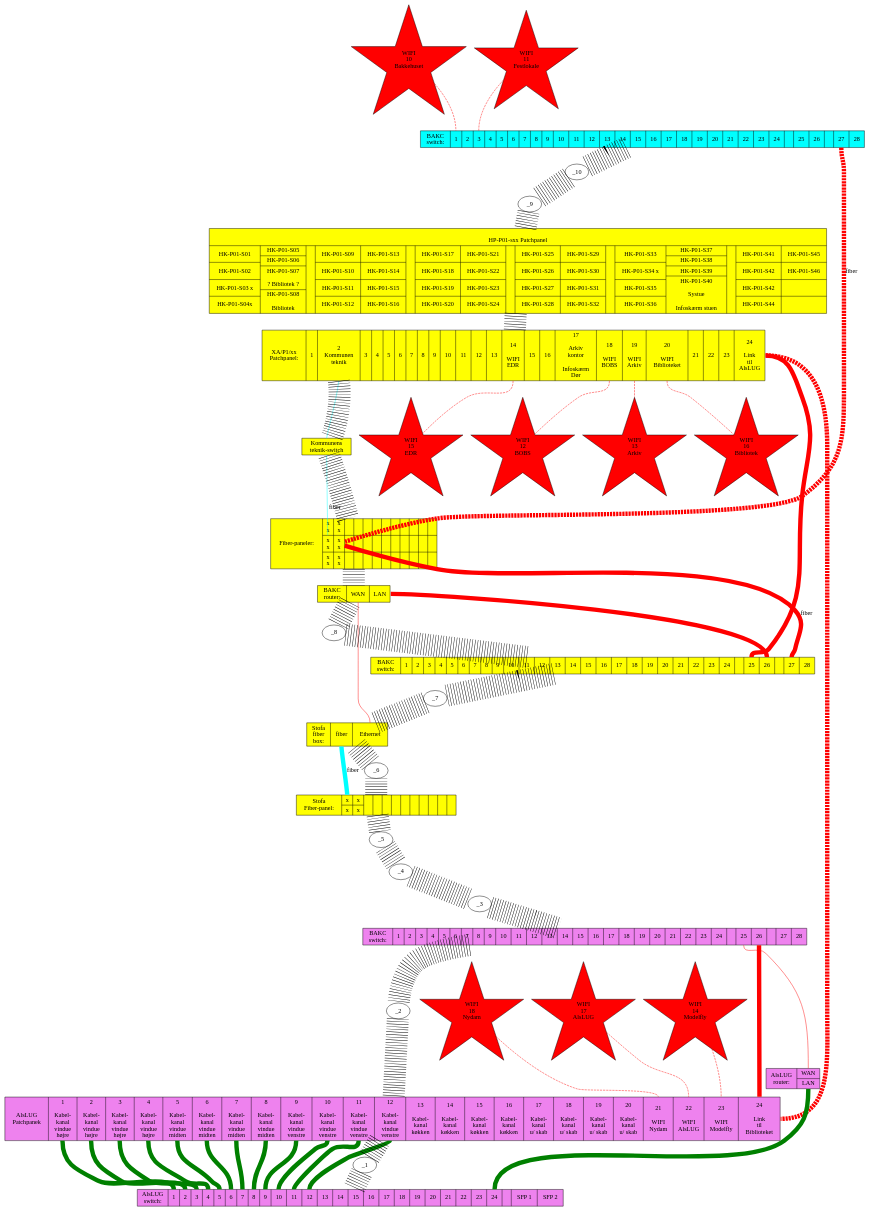
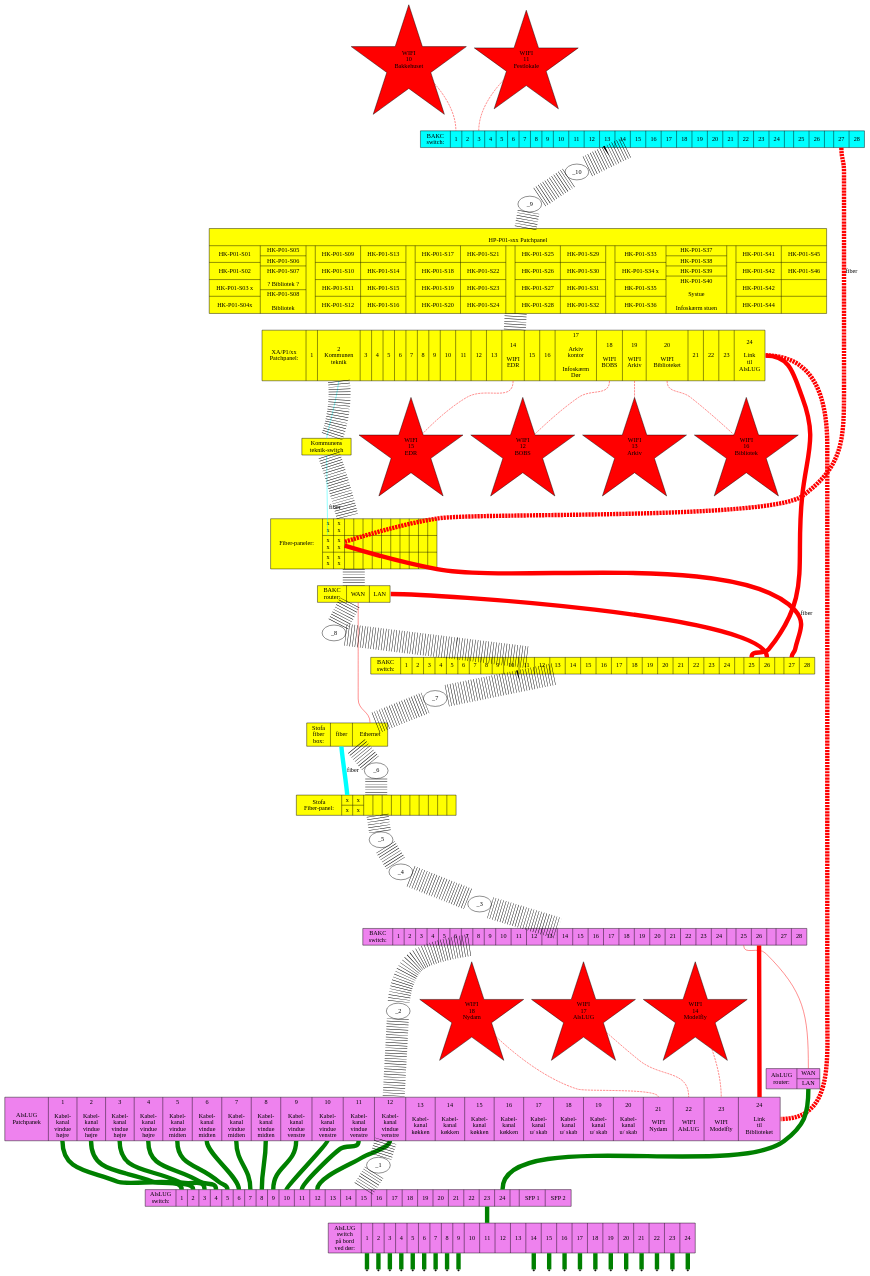
One commit to alslug/alslug.dk changed the diagram in projekter/patch-paneler.dot. Above: the diagram before and after it, drawn with Graphviz.

```diff
--- a/projekter/patch-paneler.dot
+++ b/projekter/patch-paneler.dot
@@ -291,6 +291,32 @@
 				|<sfp_1> SFP 1
 				|<sfp_2> SFP 2
 				" ];
+    alslug_switch_bord_v [ shape=record label="AlsLUG\nswitch\npå bord\nved dør:
+				|<1> 1
+				|<2> 2
+				|<3> 3
+				|<4> 4
+				|<5> 5
+				|<6> 6
+				|<7> 7
+				|<8> 8
+				|<9> 9
+				|<10> 10
+				|<11> 11
+				|<12> 12
+				|<13> 13
+				|<14> 14
+				|<15> 15
+				|<16> 16
+				|<17> 17
+				|<18> 18
+				|<19> 19
+				|<20> 20
+				|<21> 21
+				|<22> 22
+				|<23> 23
+				|<24> 24
+				" ];
     alslug_router [ shape=record label="AlsLUG\nrouter:|{<wan> WAN|<lan> LAN}" ];
   }
   xa_p1:02 -> kommunens_teknikswitch                                     [ color=cyan ];
@@ -334,6 +360,30 @@
     alslug_patch:10 -> alslug_switch_skab:10;
     alslug_patch:11 -> alslug_switch_skab:11;
     alslug_patch:12 -> alslug_switch_skab:12;
+    
+    alslug_switch_skab:23 -> alslug_switch_bord_v:11;
+    node [shape=point ]
+    alslug_switch_bord_v:1 -> stik_v_1;
+    alslug_switch_bord_v:2 -> stik_v_2;
+    alslug_switch_bord_v:3 -> stik_v_3;
+    alslug_switch_bord_v:4 -> stik_v_4;
+    alslug_switch_bord_v:5 -> stik_v_5;
+    alslug_switch_bord_v:6 -> stik_v_6;
+    alslug_switch_bord_v:7 -> stik_v_7;
+    alslug_switch_bord_v:8 -> stik_v_8;
+    alslug_switch_bord_v:9 -> stik_v_9;
+    alslug_switch_bord_v:14 -> stik_v_10;
+
+    alslug_switch_bord_v:15 -> stik_v_15;
+    alslug_switch_bord_v:16 -> stik_v_16;
+    alslug_switch_bord_v:17 -> stik_v_17;
+    alslug_switch_bord_v:18 -> stik_v_18;
+    alslug_switch_bord_v:19 -> stik_v_19;
+    alslug_switch_bord_v:20 -> stik_v_20;
+    alslug_switch_bord_v:21 -> stik_v_21;
+    alslug_switch_bord_v:22 -> stik_v_22;
+    alslug_switch_bord_v:23 -> stik_v_23;
+    alslug_switch_bord_v:24 -> stik_v_24;
   }
   
   bakc_festlokale_switch:fiber_1 -> bib_fiberpaneler_1:festlokale_fiber                            [ color=red penwidth=10 label="fiber" style=dashed ];
```
